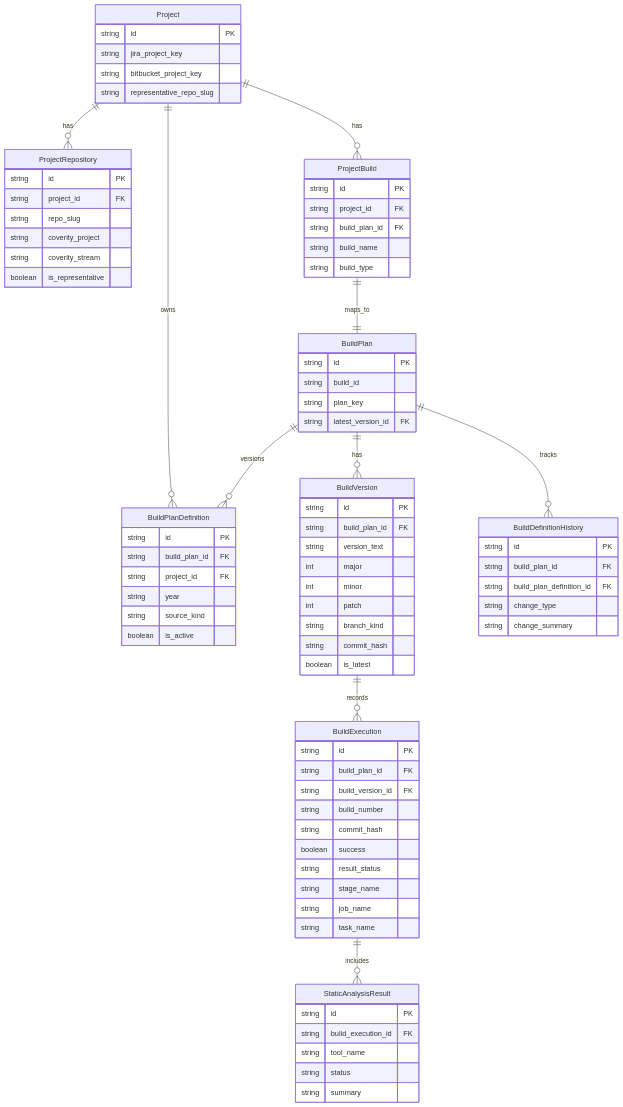
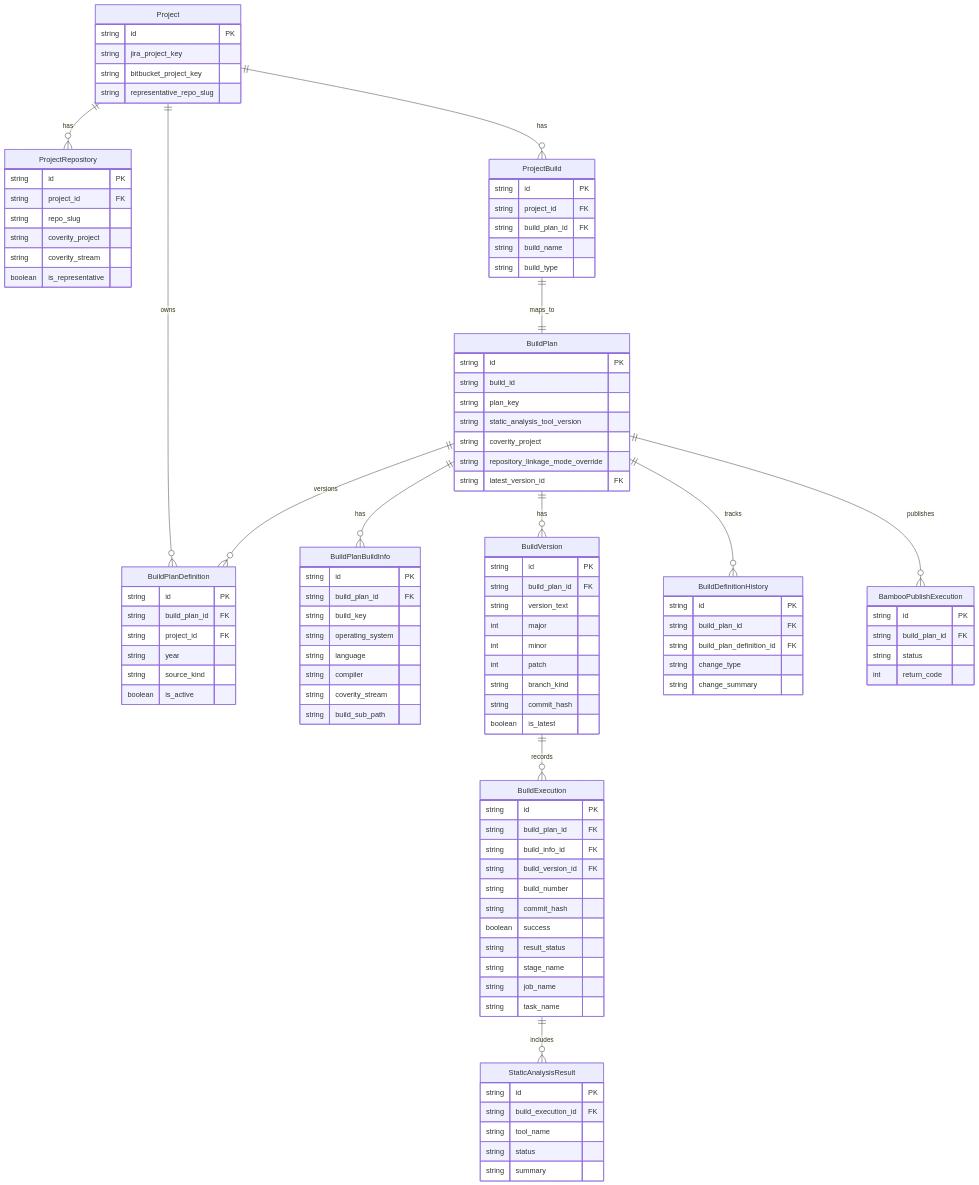
Before and after one commit to ykylee/bamboo_spec_generator: the diagram in docs/designs/Design.md, drawn with Mermaid. The commit also changed other lines of this file and 14 other files, not shown here.

````diff
--- a/docs/designs/Design.md
+++ b/docs/designs/Design.md
@@ -252,11 +275,13 @@
     Project ||--o{ ProjectBuild : has
     Project ||--o{ BuildPlanDefinition : owns
     ProjectBuild ||--|| BuildPlan : maps_to
+    BuildPlan ||--o{ BuildPlanBuildInfo : has
     BuildPlan ||--o{ BuildPlanDefinition : versions
     BuildPlan ||--o{ BuildVersion : has
     BuildVersion ||--o{ BuildExecution : records
     BuildExecution ||--o{ StaticAnalysisResult : includes
     BuildPlan ||--o{ BuildDefinitionHistory : tracks
+    BuildPlan ||--o{ BambooPublishExecution : publishes
 
     Project {
         string id PK
@@ -286,7 +311,21 @@
         string id PK
         string build_id
         string plan_key
+        string static_analysis_tool_version
+        string coverity_project
+        string repository_linkage_mode_override
         string latest_version_id FK
+    }
+
+    BuildPlanBuildInfo {
+        string id PK
+        string build_plan_id FK
+        string build_key
+        string operating_system
+        string language
+        string compiler
+        string coverity_stream
+        string build_sub_path
     }
 
     BuildPlanDefinition {
@@ -313,6 +352,7 @@
     BuildExecution {
         string id PK
         string build_plan_id FK
+        string build_info_id FK
         string build_version_id FK
         string build_number
         string commit_hash
@@ -338,4 +378,11 @@
         string change_type
         string change_summary
     }
+
+    BambooPublishExecution {
+        string id PK
+        string build_plan_id FK
+        string status
+        int return_code
+    }
 ```
````
